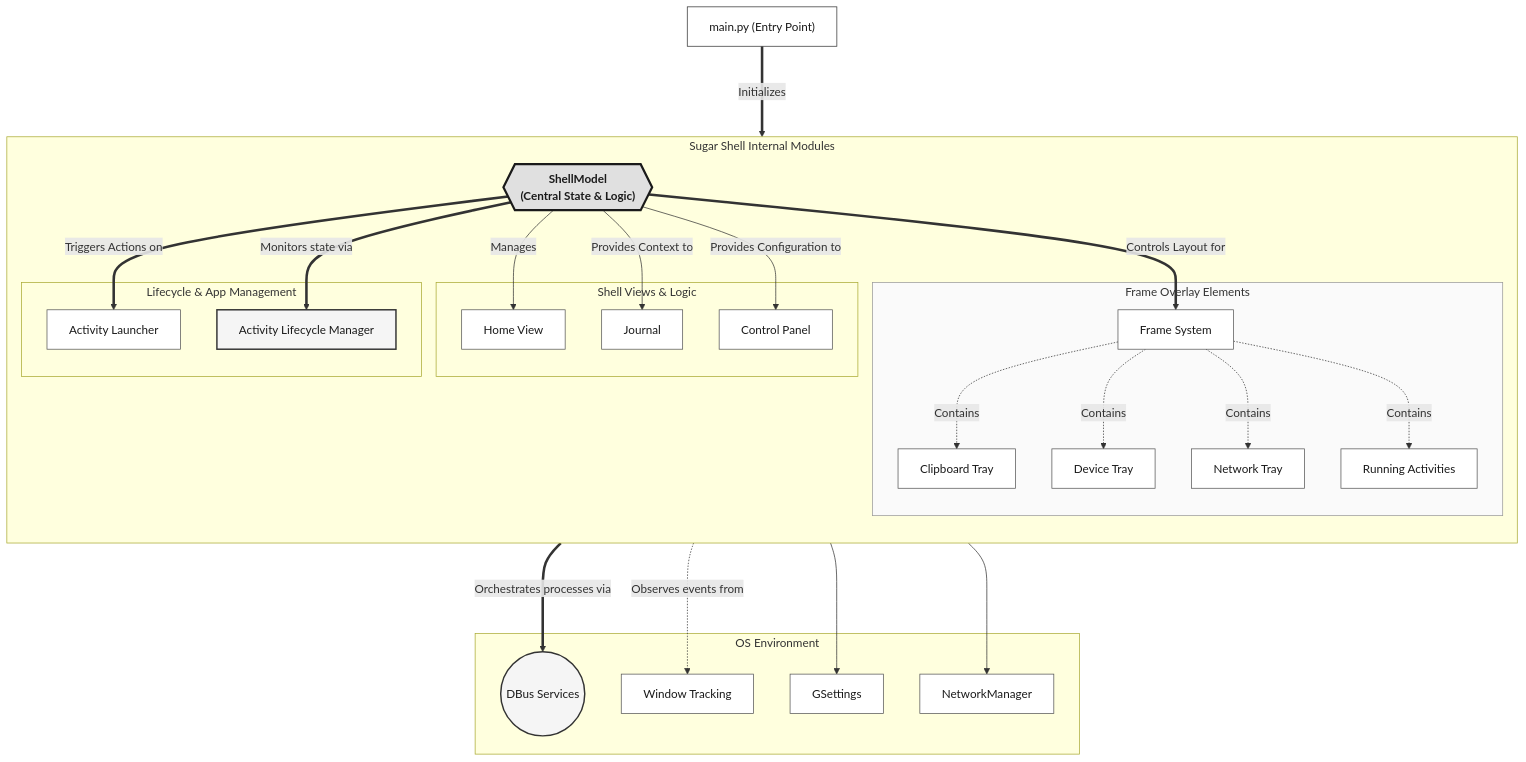
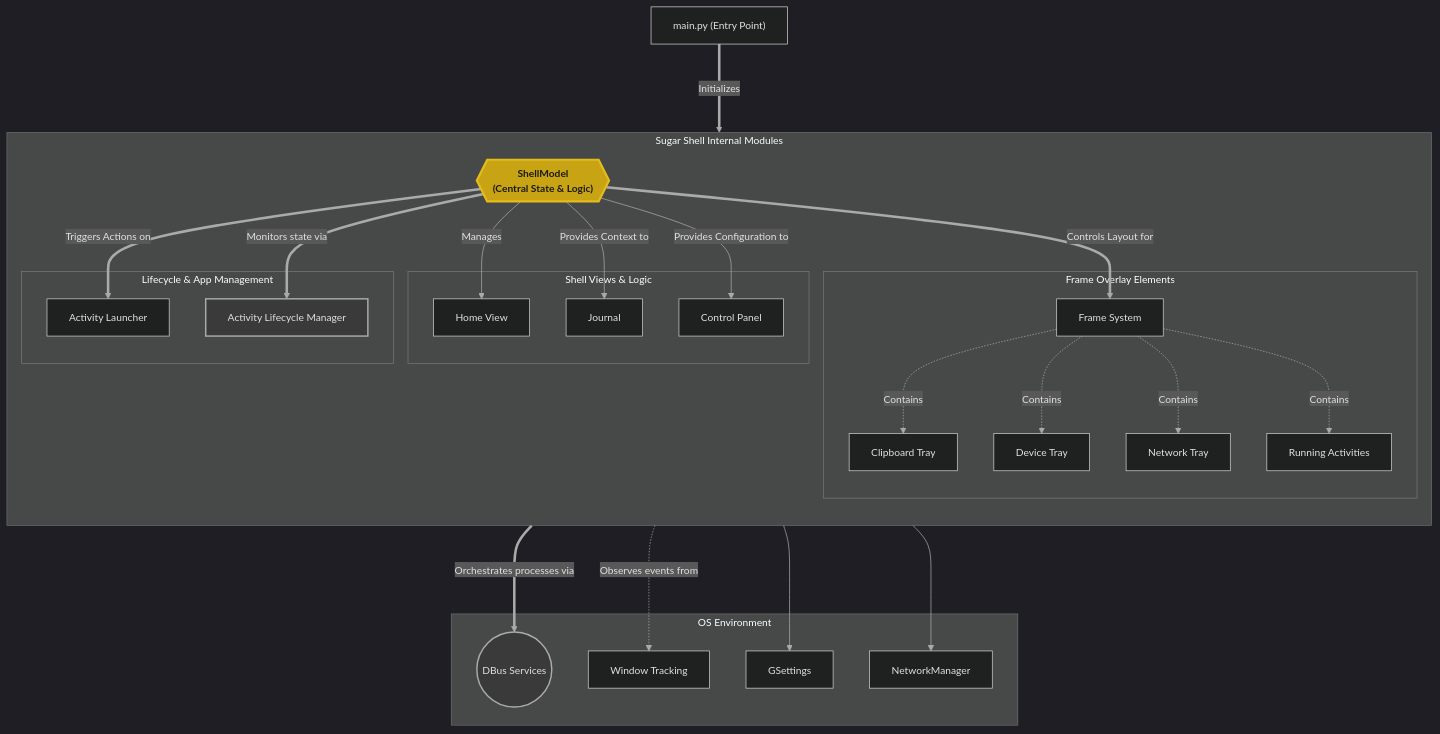
The fourth of 9 diagrams in proposal.md (Dev10-sys/sugar-proposal-gtk), drawn with Mermaid before and after one commit. The commit also changed other lines of this file, not shown here.

Commit message:
Dark theme diagrams: professional system architecture style with amber highlights

````diff
--- a/proposal.md
+++ b/proposal.md
@@ -315,21 +286,18 @@
 ```mermaid
+%%{init: {'theme': 'dark', 'themeVariables': {'primaryColor': '#2a2a2a', 'primaryBorderColor': '#888', 'lineColor': '#aaa', 'textColor': '#e0e0e0', 'fontSize': '14px'}}}%%
 flowchart TD
-    %% Base Level
     Main["main.py (Entry Point)"]
 
-    %% Core Components
     subgraph Core ["Sugar Shell Internal Modules"]
         direction TB
         ShellModel{{"ShellModel\n(Central State & Logic)"}}
 
-        %% Views Section
         subgraph Views ["Shell Views & Logic"]
             Home["Home View"]
             Journal["Journal"]
             ControlPanel["Control Panel"]
         end
 
-        %% Frame Section
         subgraph FrameSystem ["Frame Overlay Elements"]
             Frame["Frame System"]
             Clipboard["Clipboard Tray"]
@@ -338,14 +306,12 @@
             ActivitiesTray["Running Activities"]
         end
 
-        %% Management Section
         subgraph Mngmt ["Lifecycle & App Management"]
             Launcher["Activity Launcher"]
             ActivityManager["Activity Lifecycle Manager"]
         end
     end
 
-    %% External Systems via DBus
     subgraph Env ["OS Environment"]
         DBus(("DBus Services"))
         WindowManager["Window Tracking"]
@@ -353,47 +319,23 @@
         NetworkManager["NetworkManager"]
     end
 
-    %% Core routing
     Main ===>|Initializes| ShellModel
-
-    %% Model tracking to views
     ShellModel -->|Manages| Home
     ShellModel -->|Provides Context to| Journal
     ShellModel -->|Provides Configuration to| ControlPanel
     ShellModel ==>|Controls Layout for| Frame
-
-    %% Routing inside the frame
     Frame -.->|Contains| Clipboard
     Frame -.->|Contains| Devices
     Frame -.->|Contains| Friends
     Frame -.->|Contains| ActivitiesTray
-
-    %% Lifecycle Logic
     ShellModel ==>|Triggers Actions on| Launcher
     ShellModel ==>|Monitors state via| ActivityManager
-
-    %% Interaction with Operating System
     ActivityManager ===>|Orchestrates processes via| DBus
     ActivityManager -.->|Observes events from| WindowManager
     ShellModel --> GSettings
     ShellModel --> NetworkManager
 
-    %% Styling
-    style Main fill:#fff,stroke:#333,stroke-width:1px,color:#1a1a1a
-    style ShellModel fill:#e0e0e0,stroke:#1a1a1a,stroke-width:3px,color:#1a1a1a,font-weight:bold
-    style DBus fill:#f5f5f5,stroke:#333,stroke-width:2px,color:#1a1a1a
-    style ActivityManager fill:#f5f5f5,stroke:#333,stroke-width:2px,color:#1a1a1a
-    style Home fill:#fff,stroke:#555,stroke-width:1px,color:#1a1a1a
-    style Journal fill:#fff,stroke:#555,stroke-width:1px,color:#1a1a1a
-    style ControlPanel fill:#fff,stroke:#555,stroke-width:1px,color:#1a1a1a
-    style Frame fill:#fff,stroke:#555,stroke-width:1px,color:#1a1a1a
-    style Clipboard fill:#fff,stroke:#555,stroke-width:1px,color:#1a1a1a
-    style Devices fill:#fff,stroke:#555,stroke-width:1px,color:#1a1a1a
-    style Friends fill:#fff,stroke:#555,stroke-width:1px,color:#1a1a1a
-    style ActivitiesTray fill:#fff,stroke:#555,stroke-width:1px,color:#1a1a1a
-    style Launcher fill:#fff,stroke:#555,stroke-width:1px,color:#1a1a1a
-    style WindowManager fill:#fff,stroke:#555,stroke-width:1px,color:#1a1a1a
-    style GSettings fill:#fff,stroke:#555,stroke-width:1px,color:#1a1a1a
-    style NetworkManager fill:#fff,stroke:#555,stroke-width:1px,color:#1a1a1a
-    style FrameSystem fill:#fafafa,stroke:#999,stroke-width:1px
+    style ShellModel fill:#c8a415,stroke:#e6bc1a,stroke-width:3px,color:#1a1a1a,font-weight:bold
+    style ActivityManager fill:#3a3a3a,stroke:#aaa,stroke-width:2px,color:#e0e0e0
+    style DBus fill:#3a3a3a,stroke:#aaa,stroke-width:2px,color:#e0e0e0
 ```
````
